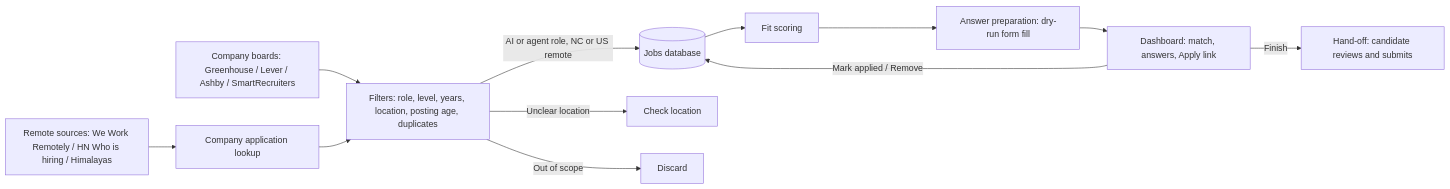
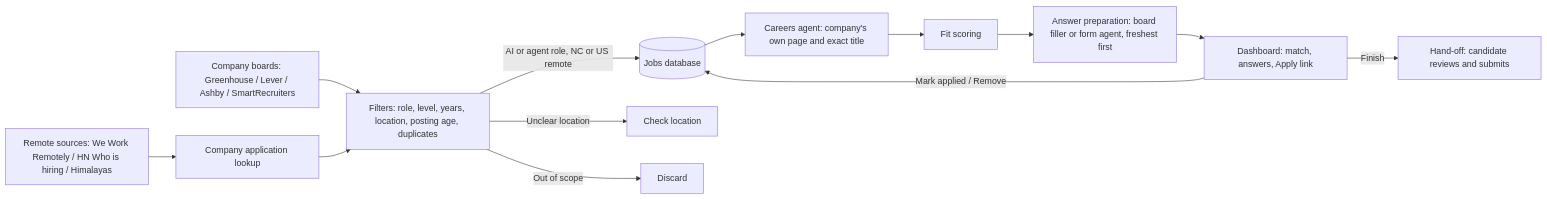
One commit to armita-jamshidi/Apply_Auto changed the diagram in README.md. Above: the diagram before and after it, drawn with Mermaid. The commit also changed other lines of this file and 16 other files, not shown here.

First line of the commit message:
feat: add a careers agent, fresh-posting focus, and form agent fixes for real forms

````diff
--- a/README.md
+++ b/README.md
@@ -9,14 +9,15 @@
 ```mermaid
 flowchart LR
     C[Company boards: Greenhouse / Lever / Ashby / SmartRecruiters] --> F
     R[Remote sources: We Work Remotely / HN Who is hiring / Himalayas] --> L[Company application lookup]
     L --> F[Filters: role, level, years, location, posting age, duplicates]
     F -->|AI or agent role, NC or US remote| D[(Jobs database)]
     F -->|Unclear location| Q[Check location]
     F -->|Out of scope| X[Discard]
-    D --> S[Fit scoring]
-    S --> P[Answer preparation: dry-run form fill]
+    D --> K[Careers agent: company's own page and exact title]
+    K --> S[Fit scoring]
+    S --> P[Answer preparation: board filler or form agent, freshest first]
     P --> B[Dashboard: match, answers, Apply link]
     B -->|Finish| H[Hand-off: candidate reviews and submits]
     B -->|Mark applied / Remove| D
 ```
````
